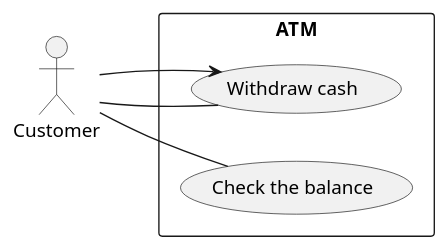
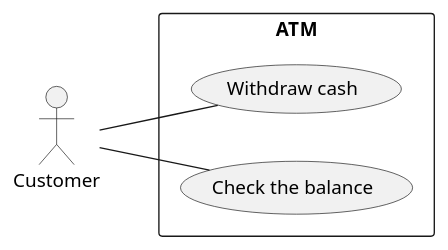
The diagram in docs/uml/atm.puml (salsabil-lediaf/tp2-library), drawn with PlantUML before and after one commit. The commit also changed 2 other files, not shown here.

Commit message:
Apply teacher corrections to UML diagrams

```diff
--- a/docs/uml/atm.puml
+++ b/docs/uml/atm.puml
@@ -1,14 +1,14 @@
  @startuml
  left to right direction
 
 actor Customer
 
 rectangle "ATM" {
     usecase "Withdraw cash" as Withdraw
     usecase "Check the balance" as Balance
 }
 
 Customer -- Withdraw
 Customer -- Balance
-Customer --> Withdraw
+ 
 @enduml
```
